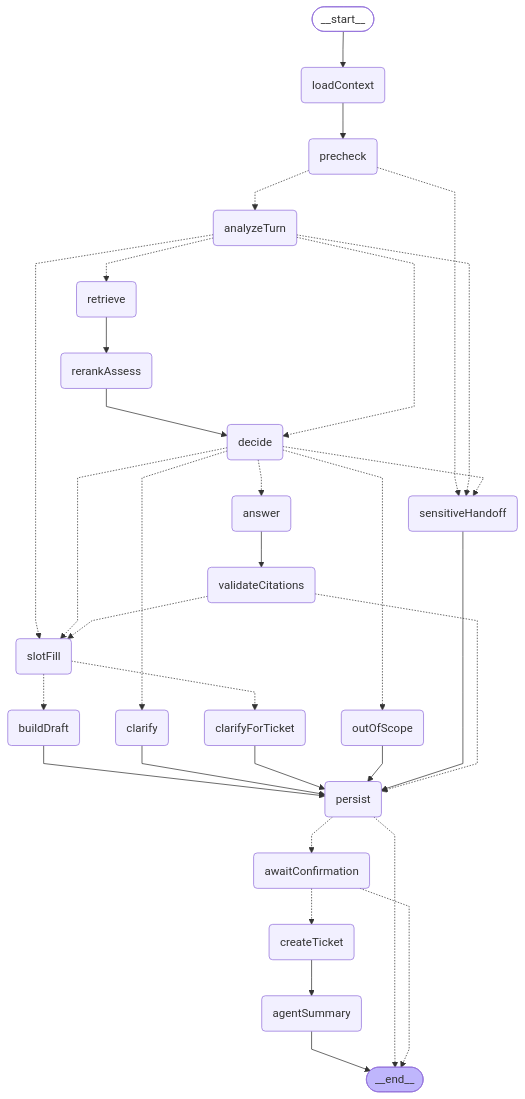
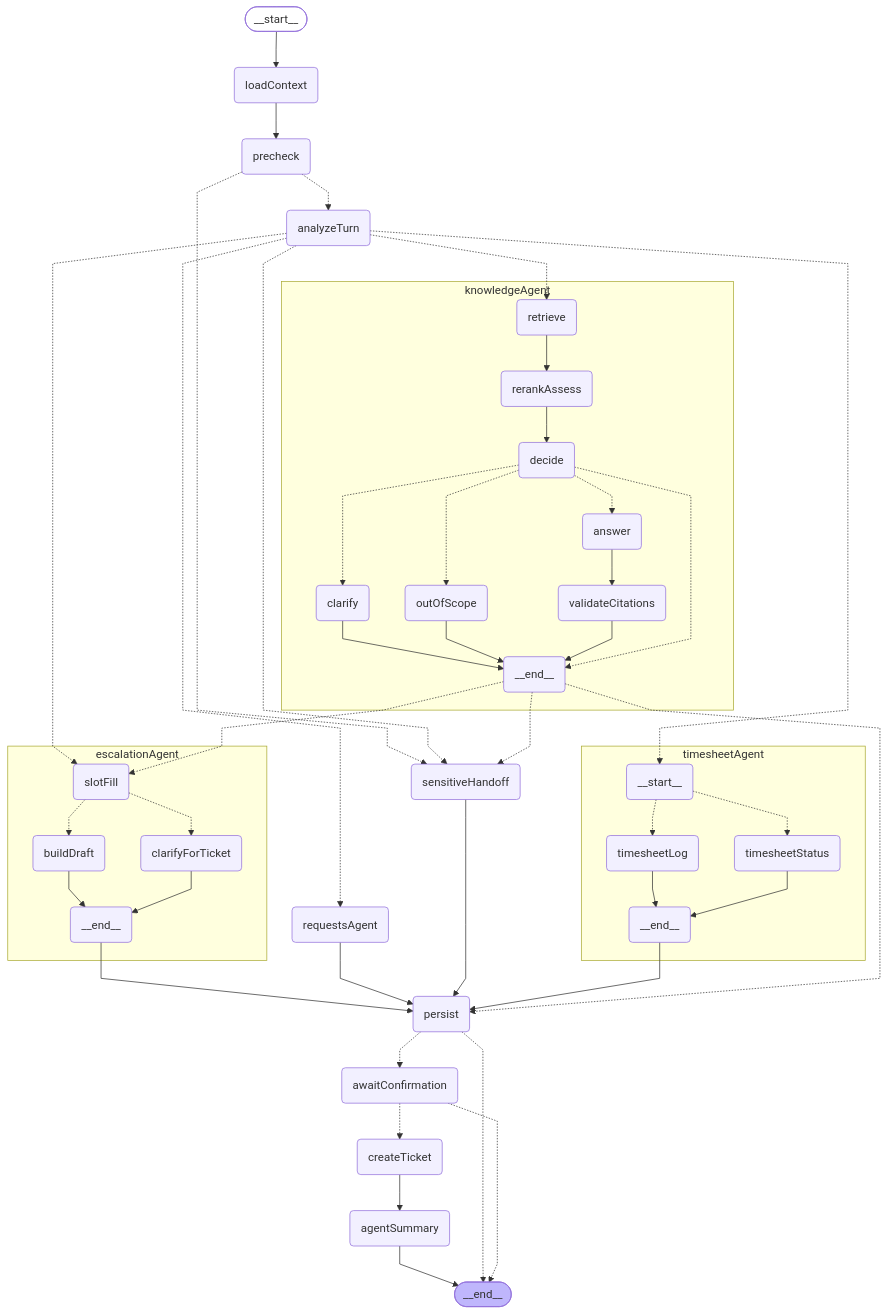
Before and after one commit to Dewanshu93/AI-Support-System: the diagram in docs/ARCHITECTURE.md, drawn with Mermaid. The commit also changed other lines of this file and 18 other files, not shown here.

````diff
--- a/docs/ARCHITECTURE.md
+++ b/docs/ARCHITECTURE.md
@@ -308,58 +325,80 @@
 ```mermaid
 %%{init: {'flowchart': {'curve': 'linear'}}}%%
 graph TD;
 	__start__([<p>__start__</p>]):::first
 	loadContext(loadContext)
 	precheck(precheck)
 	analyzeTurn(analyzeTurn)
-	retrieve(retrieve)
-	rerankAssess(rerankAssess)
-	decide(decide)
-	answer(answer)
-	validateCitations(validateCitations)
-	clarify(clarify)
-	outOfScope(outOfScope)
+	knowledgeAgent_retrieve(retrieve)
+	knowledgeAgent_rerankAssess(rerankAssess)
+	knowledgeAgent_decide(decide)
+	knowledgeAgent_answer(answer)
+	knowledgeAgent_validateCitations(validateCitations)
+	knowledgeAgent_clarify(clarify)
+	knowledgeAgent_outOfScope(outOfScope)
+	knowledgeAgent___end__(<p>__end__</p>)
+	escalationAgent_slotFill(slotFill)
+	escalationAgent_clarifyForTicket(clarifyForTicket)
+	escalationAgent_buildDraft(buildDraft)
+	escalationAgent___end__(<p>__end__</p>)
+	timesheetAgent___start__(<p>__start__</p>)
+	timesheetAgent_timesheetStatus(timesheetStatus)
+	timesheetAgent_timesheetLog(timesheetLog)
+	timesheetAgent___end__(<p>__end__</p>)
+	requestsAgent(requestsAgent)
 	sensitiveHandoff(sensitiveHandoff)
-	slotFill(slotFill)
-	clarifyForTicket(clarifyForTicket)
-	buildDraft(buildDraft)
 	persist(persist)
 	awaitConfirmation(awaitConfirmation)
 	createTicket(createTicket)
 	agentSummary(agentSummary)
 	__end__([<p>__end__</p>]):::last
 	__start__ --> loadContext;
 	agentSummary --> __end__;
-	answer --> validateCitations;
-	buildDraft --> persist;
-	clarify --> persist;
-	clarifyForTicket --> persist;
 	createTicket --> agentSummary;
+	escalationAgent___end__ --> persist;
 	loadContext --> precheck;
-	outOfScope --> persist;
-	rerankAssess --> decide;
-	retrieve --> rerankAssess;
+	requestsAgent --> persist;
 	sensitiveHandoff --> persist;
+	timesheetAgent___end__ --> persist;
 	precheck -.-> sensitiveHandoff;
 	precheck -.-> analyzeTurn;
 	analyzeTurn -.-> sensitiveHandoff;
-	analyzeTurn -.-> slotFill;
-	analyzeTurn -.-> decide;
-	analyzeTurn -.-> retrieve;
-	decide -.-> answer;
-	decide -.-> clarify;
-	decide -.-> slotFill;
-	decide -.-> outOfScope;
-	decide -.-> sensitiveHandoff;
-	validateCitations -.-> slotFill;
-	validateCitations -.-> persist;
-	slotFill -.-> clarifyForTicket;
-	slotFill -.-> buildDraft;
+	analyzeTurn -.-> escalationAgent_slotFill;
+	analyzeTurn -.-> timesheetAgent___start__;
+	analyzeTurn -.-> requestsAgent;
+	analyzeTurn -.-> knowledgeAgent_retrieve;
+	knowledgeAgent___end__ -.-> sensitiveHandoff;
+	knowledgeAgent___end__ -.-> escalationAgent_slotFill;
+	knowledgeAgent___end__ -.-> persist;
 	persist -.-> awaitConfirmation;
 	persist -.-> __end__;
 	awaitConfirmation -.-> createTicket;
 	awaitConfirmation -.-> __end__;
+	subgraph knowledgeAgent
+	knowledgeAgent_answer --> knowledgeAgent_validateCitations;
+	knowledgeAgent_clarify --> knowledgeAgent___end__;
+	knowledgeAgent_outOfScope --> knowledgeAgent___end__;
+	knowledgeAgent_rerankAssess --> knowledgeAgent_decide;
+	knowledgeAgent_retrieve --> knowledgeAgent_rerankAssess;
+	knowledgeAgent_validateCitations --> knowledgeAgent___end__;
+	knowledgeAgent_decide -.-> knowledgeAgent_answer;
+	knowledgeAgent_decide -.-> knowledgeAgent_clarify;
+	knowledgeAgent_decide -.-> knowledgeAgent_outOfScope;
+	knowledgeAgent_decide -.-> knowledgeAgent___end__;
+	end
+	subgraph escalationAgent
+	escalationAgent_buildDraft --> escalationAgent___end__;
+	escalationAgent_clarifyForTicket --> escalationAgent___end__;
+	escalationAgent_slotFill -.-> escalationAgent_clarifyForTicket;
+	escalationAgent_slotFill -.-> escalationAgent_buildDraft;
+	end
+	subgraph timesheetAgent
+	timesheetAgent_timesheetLog --> timesheetAgent___end__;
+	timesheetAgent_timesheetStatus --> timesheetAgent___end__;
+	timesheetAgent___start__ -.-> timesheetAgent_timesheetLog;
+	timesheetAgent___start__ -.-> timesheetAgent_timesheetStatus;
+	end
 	classDef default fill:#f2f0ff,line-height:1.2;
 	classDef first fill-opacity:0;
 	classDef last fill:#bfb6fc;
 ```
````
